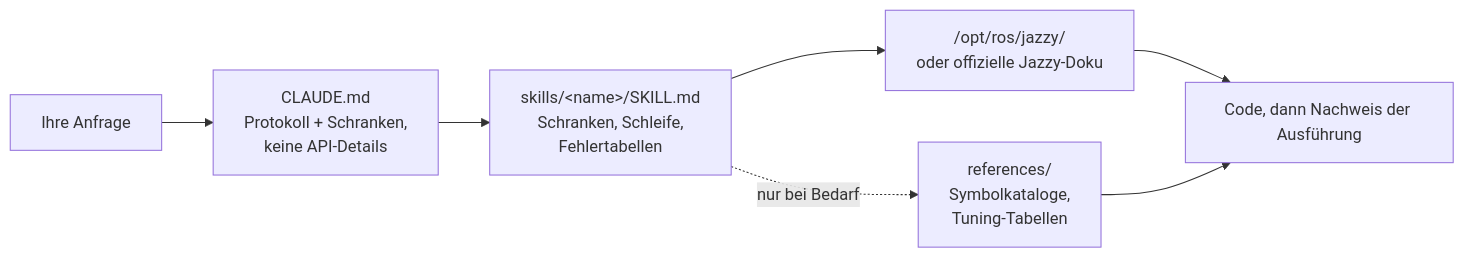
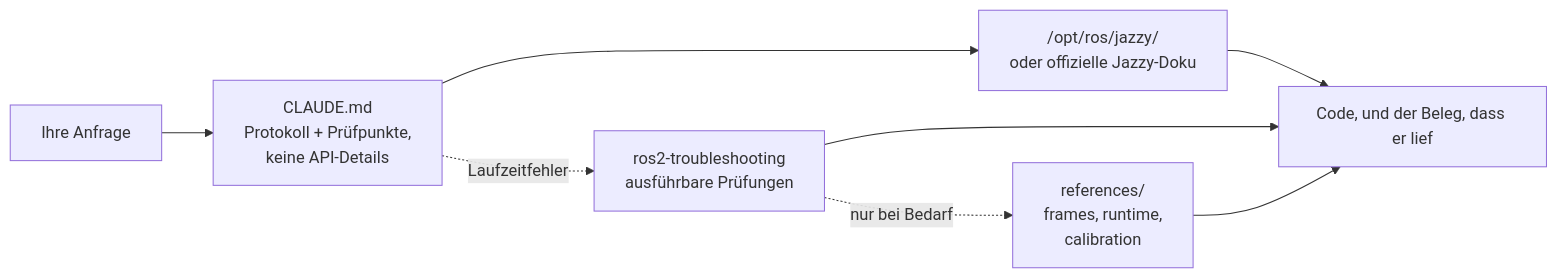
Before and after one commit to Leehyunbin0131/claude-ros2-skills: the diagram in README.de.md, drawn with Mermaid. The commit also changed other lines of this file and 6 other files, not shown here.

````diff
--- a/README.de.md
+++ b/README.de.md
@@ -147,9 +164,10 @@
 ```mermaid
 flowchart LR
-    A["Ihre Anfrage"] --> B["CLAUDE.md<br/>Protokoll + Schranken,<br/>keine API-Details"]
-    B --> C["skills/&lt;name&gt;/SKILL.md<br/>Schranken, Schleife,<br/>Fehlertabellen"]
-    C --> D["/opt/ros/jazzy/<br/>oder offizielle Jazzy-Doku"]
-    C -.nur bei Bedarf.-> R["references/<br/>Symbolkataloge,<br/>Tuning-Tabellen"]
-    D --> E["Code, dann Nachweis der Ausführung"]
+    A["Ihre Anfrage"] --> B["CLAUDE.md<br/>Protokoll + Prüfpunkte,<br/>keine API-Details"]
+    B --> D["/opt/ros/jazzy/<br/>oder offizielle Jazzy-Doku"]
+    B -.Laufzeitfehler.-> C["ros2-troubleshooting<br/>ausführbare Prüfungen"]
+    C -.nur bei Bedarf.-> R["references/<br/>frames, runtime,<br/>calibration"]
+    D --> E["Code, und der Beleg, dass er lief"]
+    C --> E
     R --> E
 ```
````
